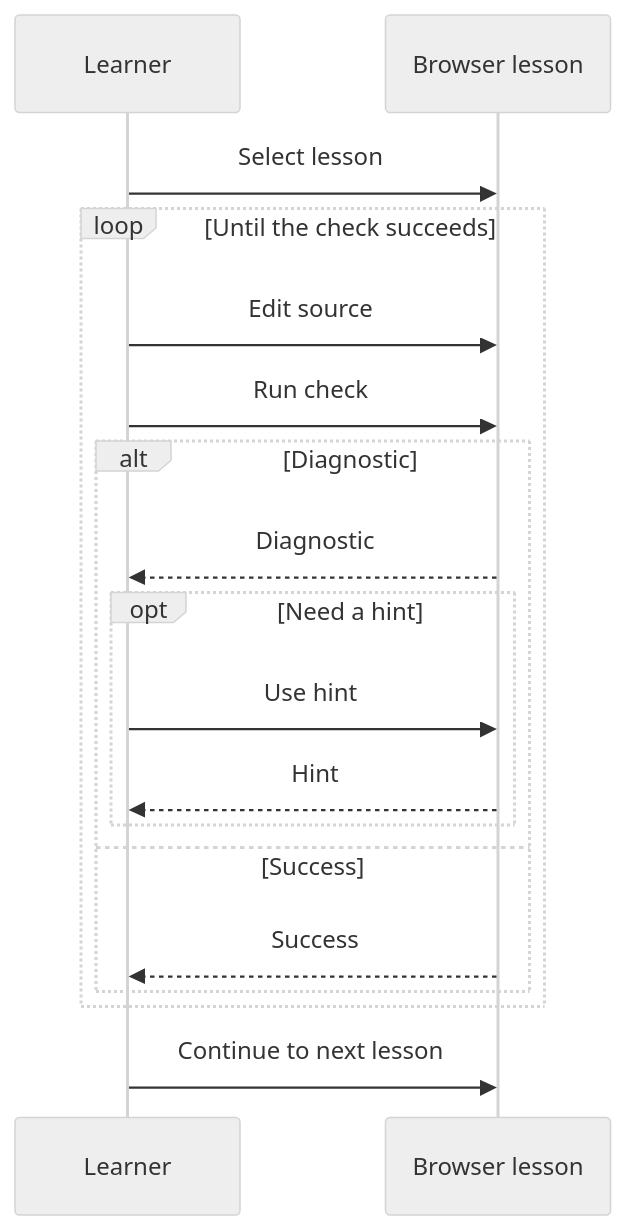
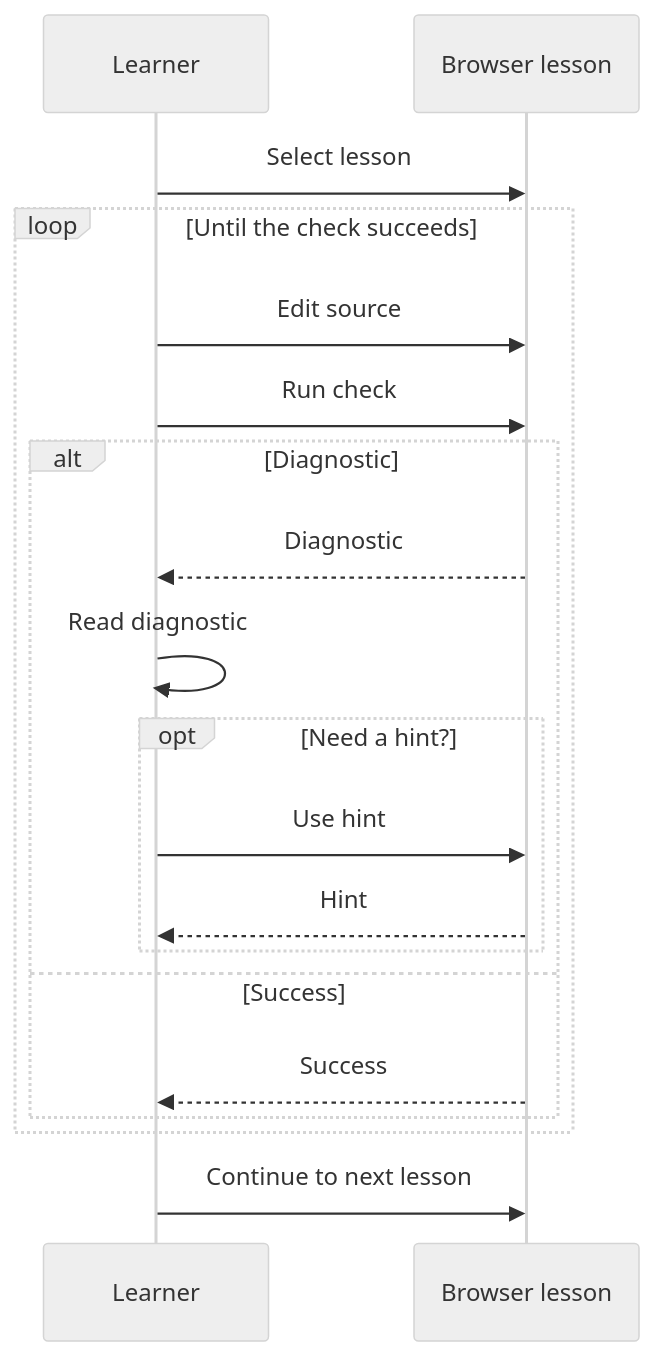
The diagram in site/website/src/content/docs/docs/learn/index.md (Cyber-Nomad-Collective/beskid), drawn with Mermaid (neutral theme) before and after one commit. The commit also changed 6 other files, not shown here.

````diff
--- a/site/website/src/content/docs/docs/learn/index.md
+++ b/site/website/src/content/docs/docs/learn/index.md
@@ -39,22 +39,23 @@
 ```mermaid
 sequenceDiagram
   accTitle: Lesson-check feedback loop
   accDescr: The learner edits source and runs a check. The check returns a diagnostic or success. The learner reads the diagnostic, optionally uses a hint, and edits again, or continues after success.
   participant L as Learner
   participant B as Browser lesson
   L->>B: Select lesson
   loop Until the check succeeds
     L->>B: Edit source
     L->>B: Run check
     alt Diagnostic
       B-->>L: Diagnostic
-      opt Need a hint
+      L->>L: Read diagnostic
+      opt Need a hint?
         L->>B: Use hint
         B-->>L: Hint
       end
     else Success
       B-->>L: Success
     end
   end
   L->>B: Continue to next lesson
 ```
````
